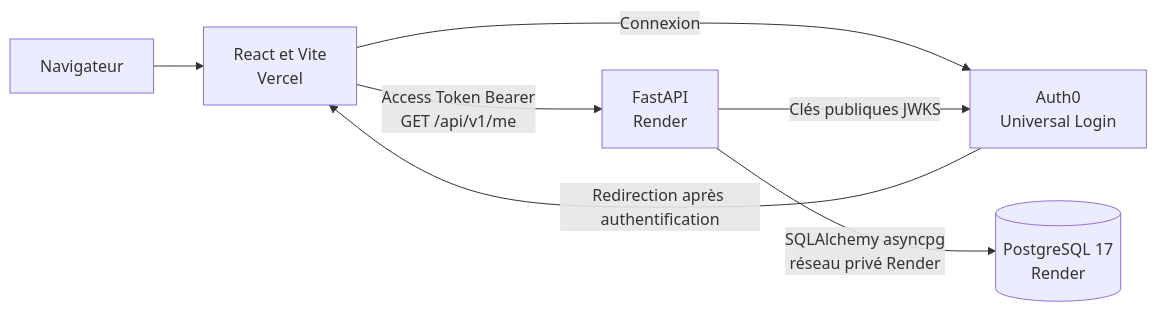
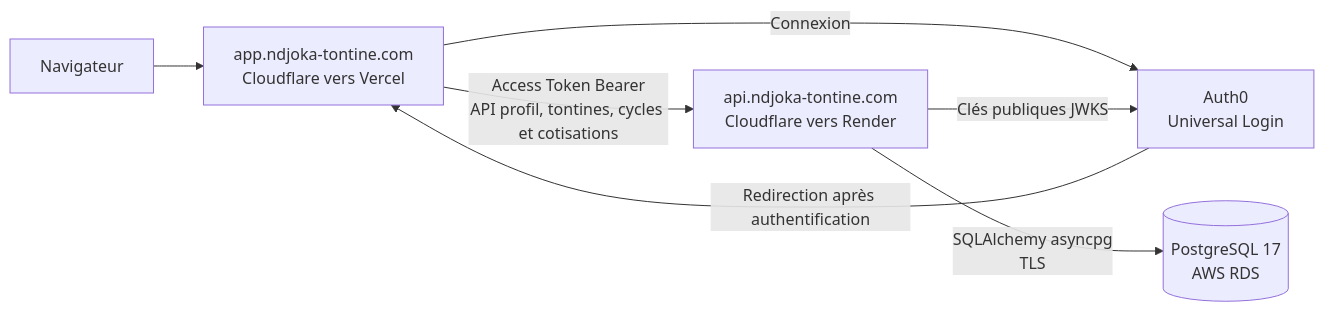
Before and after one commit to NEZIRMahamat/ndjoka-tontine: the diagram in DEPLOYMENT.md, drawn with Mermaid. The commit also changed other lines of this file and 13 other files, not shown here.

````diff
--- a/DEPLOYMENT.md
+++ b/DEPLOYMENT.md
@@ -13,15 +16,15 @@
 ```mermaid
 flowchart LR
     browser[Navigateur]
-    frontend[React et Vite<br/>Vercel]
+    frontend[app.ndjoka-tontine.com<br/>Cloudflare vers Vercel]
     auth[Auth0<br/>Universal Login]
-    backend[FastAPI<br/>Render]
-    database[(PostgreSQL 17<br/>Render)]
+    backend[api.ndjoka-tontine.com<br/>Cloudflare vers Render]
+    database[(PostgreSQL 17<br/>AWS RDS)]
 
     browser --> frontend
     frontend -->|Connexion| auth
     auth -->|Redirection après authentification| frontend
-    frontend -->|Access Token Bearer<br/>GET /api/v1/me| backend
+    frontend -->|Access Token Bearer<br/>API profil, tontines, cycles et cotisations| backend
     backend -->|Clés publiques JWKS| auth
-    backend -->|SQLAlchemy asyncpg<br/>réseau privé Render| database
+    backend -->|SQLAlchemy asyncpg<br/>TLS| database
 ```
````
